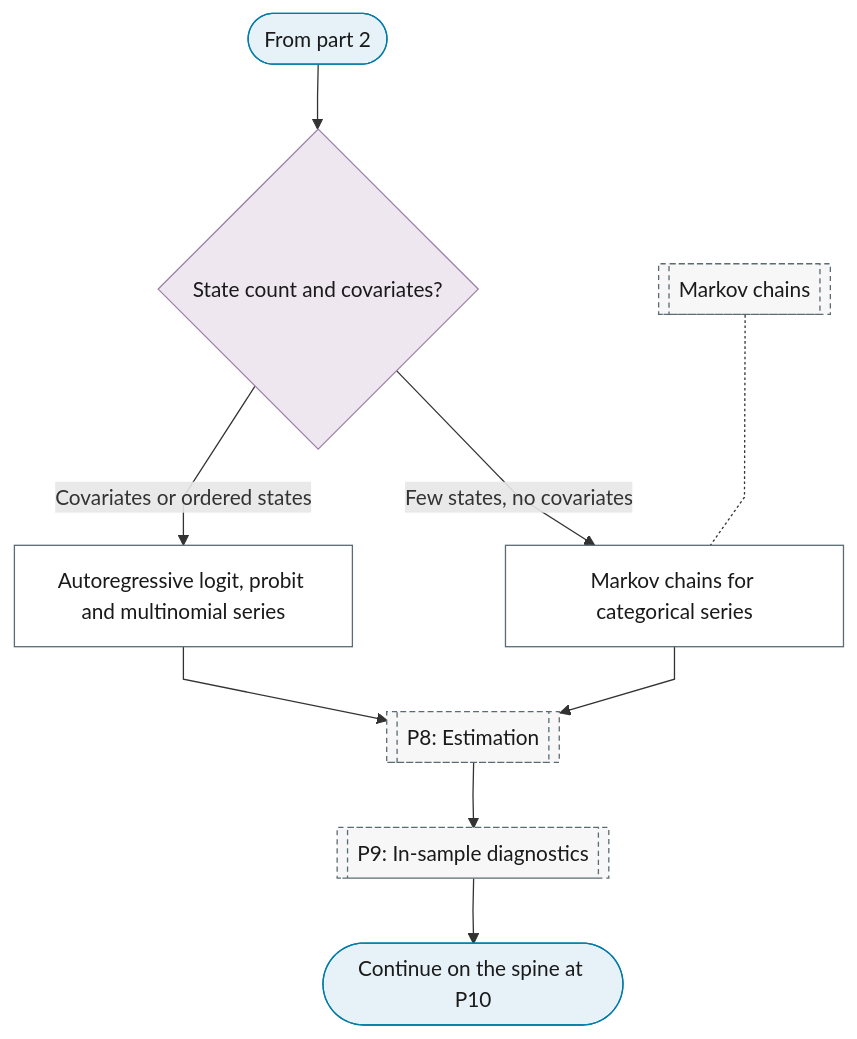
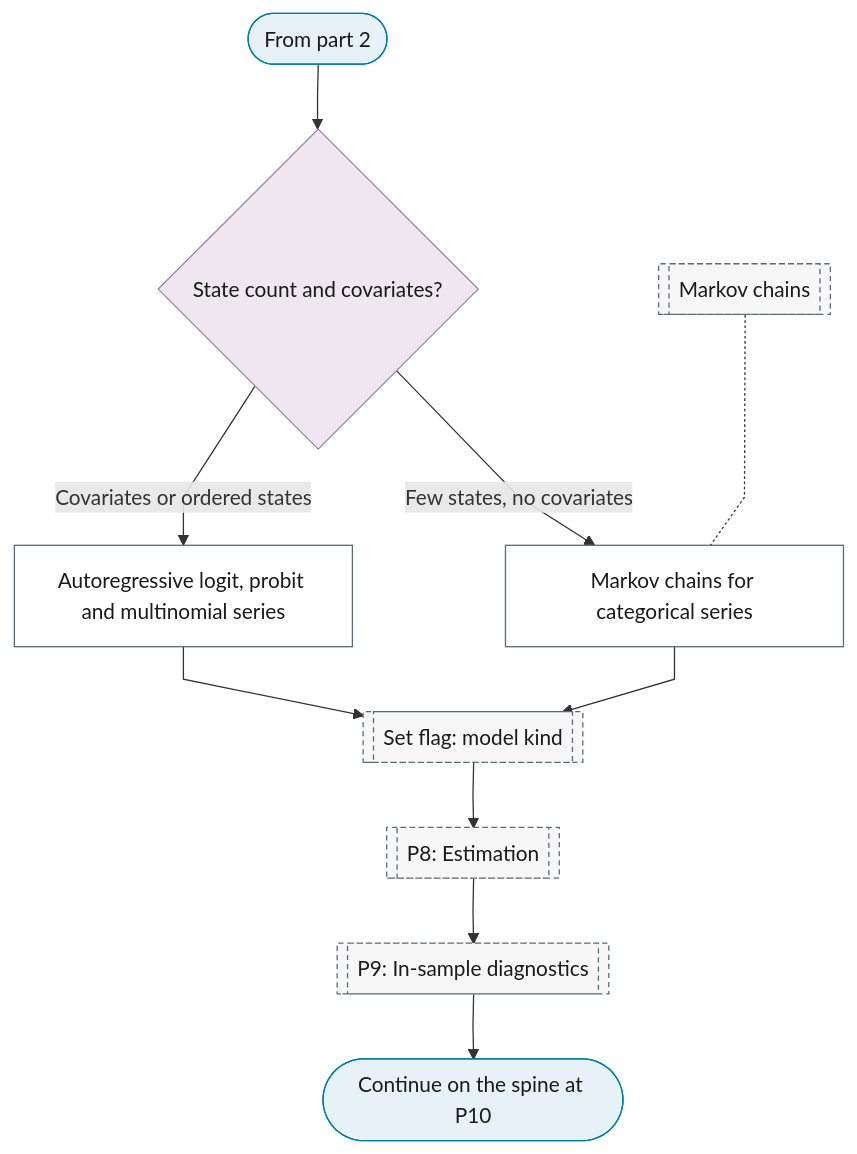
The fifth of 5 diagrams in docs/reference/16-count-categorical/index.md (Shuxin-Y/time-series-analysis-manual), drawn with Mermaid before and after one commit. The commit also changed other lines of this file and 17 other files, not shown here.

First line of the commit message:
fix(charts): round-3 review fixes to seasonality, thresholds and branch flags

````diff
--- a/docs/reference/16-count-categorical/index.md
+++ b/docs/reference/16-count-categorical/index.md
@@ -111,23 +114,25 @@
 ```mermaid
 %%{init: {"flowchart": {"curve": "linear"}}}%%
 graph TD
     B1_PART_5_IN(["From part 2"]) --> B1_CATEGORICAL_Q{"State count and covariates?"}
     B1_CATEGORICAL_Q -->|"Few states, no covariates"| B1_MARKOV_CHAIN["Markov chains for categorical series"]
     B1_CATEGORICAL_Q -->|"Covariates or ordered states"| B1_AR_LOGIT["Autoregressive logit, probit and multinomial series"]
-    B1_MARKOV_CHAIN & B1_AR_LOGIT --> P8[["P8: Estimation"]]
+    B1_MARKOV_CHAIN & B1_AR_LOGIT --> P6_KIND_FLAG[["Set flag: model kind"]]
+    P6_KIND_FLAG --> P8[["P8: Estimation"]]
+    class P6_KIND_FLAG ref
     P8 --> P9[["P9: In-sample diagnostics"]]
     P9 --> B1_PART_5_OUT(["Continue on the spine at P10"])
     F_MARKOV[["Markov chains"]] -.- B1_MARKOV_CHAIN
     class B1_PART_5_IN,B1_PART_5_OUT terminator
     class B1_CATEGORICAL_Q decision
     class B1_MARKOV_CHAIN,B1_AR_LOGIT process
     class P8,P9,F_MARKOV ref
     classDef terminator fill:#E6F2F7,stroke:#007BA7,color:#1A1A1A;
     classDef process fill:#FFFFFF,stroke:#5A6B73,color:#1A1A1A;
     classDef decision fill:#EFE7F0,stroke:#9B7FA7,color:#1A1A1A;
     classDef data fill:#FFF4E0,stroke:#C9A55E,color:#1A1A1A;
     classDef good fill:#DCEFD8,stroke:#4A7A3F,color:#1A1A1A;
     classDef escalate fill:#FFE9C2,stroke:#C9A55E,color:#1A1A1A;
     classDef problem fill:#F2D9DE,stroke:#800020,color:#1A1A1A;
     classDef ref fill:#F7F7F7,stroke:#5A6B73,color:#1A1A1A,stroke-dasharray:4 3;
 ```
````
